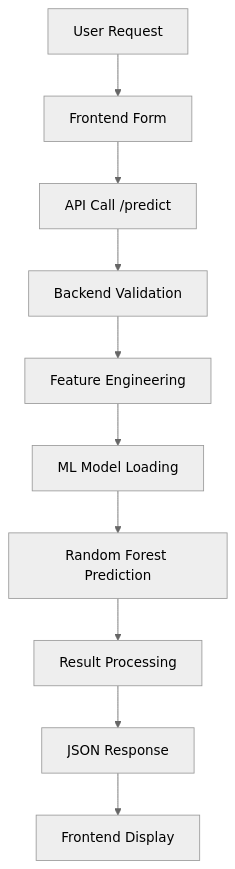
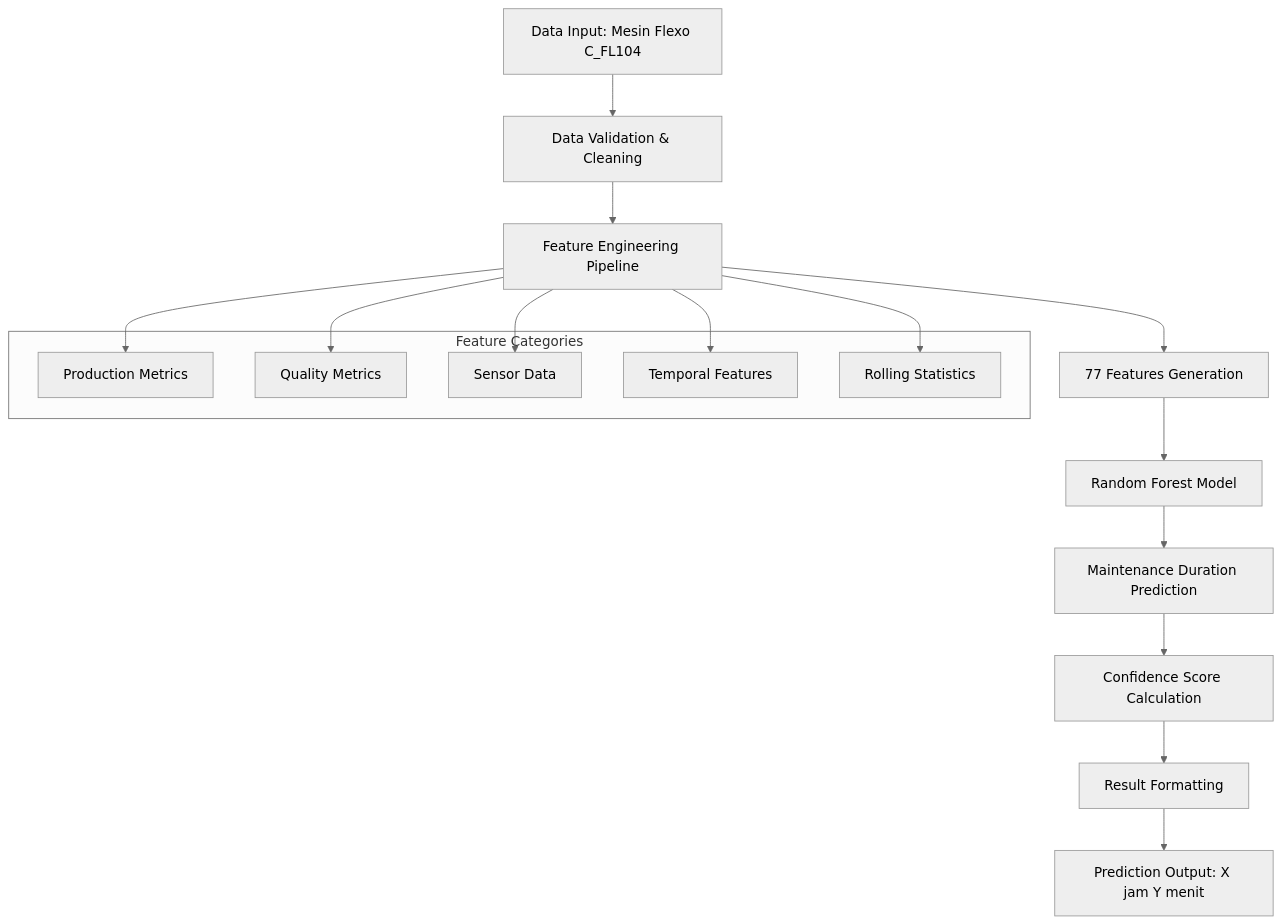
The second of 4 diagrams in DOKUMENTASI.md (yawwnann/Sensor-Model-Prediction-Flexo-104), drawn with Mermaid (neutral theme) before and after one commit. The commit also changed other lines of this file, not shown here.

Commit message:
docs: Update documentation for Flexo Digital Twin system, enhancing flow diagrams and explanations for data collection, monitoring, and maintenance prediction processes

````diff
--- a/DOKUMENTASI.md
+++ b/DOKUMENTASI.md
@@ -148,12 +154,25 @@
 ```mermaid
 graph TD
-    A[User Request] --> B[Frontend Form]
-    B --> C[API Call /predict]
-    C --> D[Backend Validation]
-    D --> E[Feature Engineering]
-    E --> F[ML Model Loading]
-    F --> G[Random Forest Prediction]
-    G --> H[Result Processing]
-    H --> I[JSON Response]
-    I --> J[Frontend Display]
+    A[Data Input: Mesin Flexo C_FL104] --> B[Data Validation & Cleaning]
+    B --> C[Feature Engineering Pipeline]
+    C --> D[77 Features Generation]
+    D --> E[Random Forest Model]
+    E --> F[Maintenance Duration Prediction]
+    F --> G[Confidence Score Calculation]
+    G --> H[Result Formatting]
+    H --> I[Prediction Output: X jam Y menit]
+
+    subgraph "Feature Categories"
+        J[Production Metrics]
+        K[Quality Metrics]
+        L[Sensor Data]
+        M[Temporal Features]
+        N[Rolling Statistics]
+    end
+
+    C --> J
+    C --> K
+    C --> L
+    C --> M
+    C --> N
 ```
````
